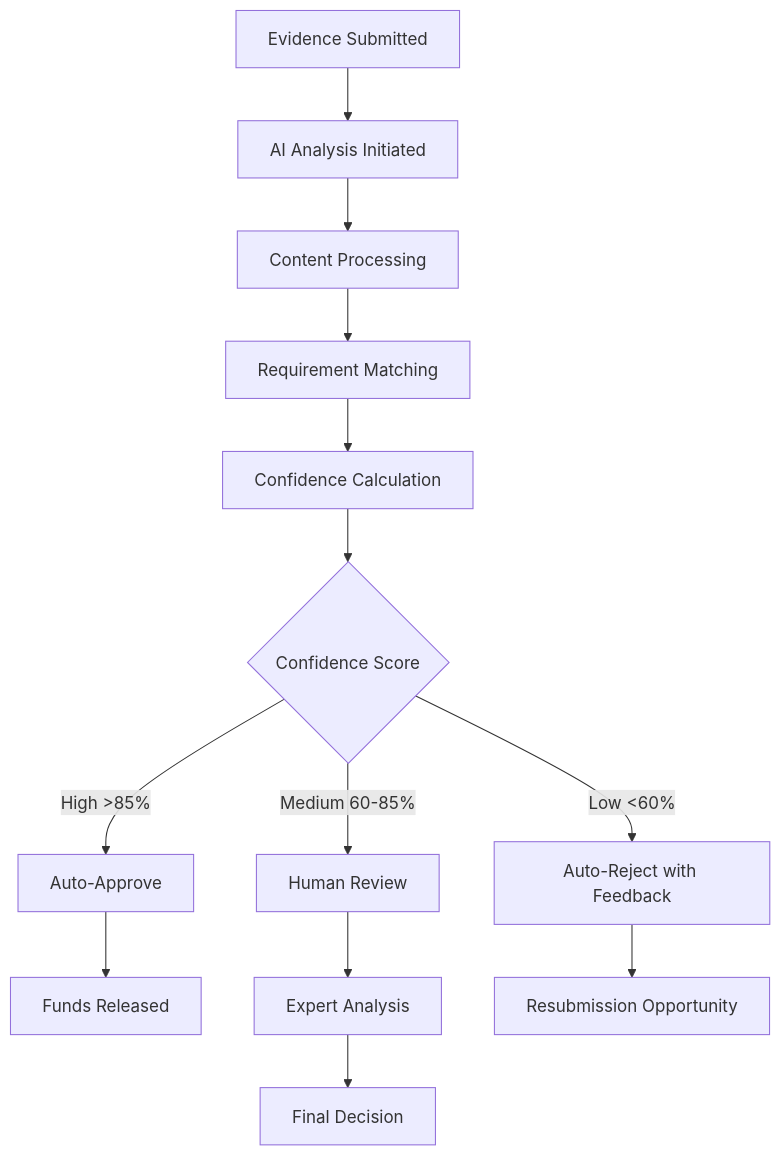
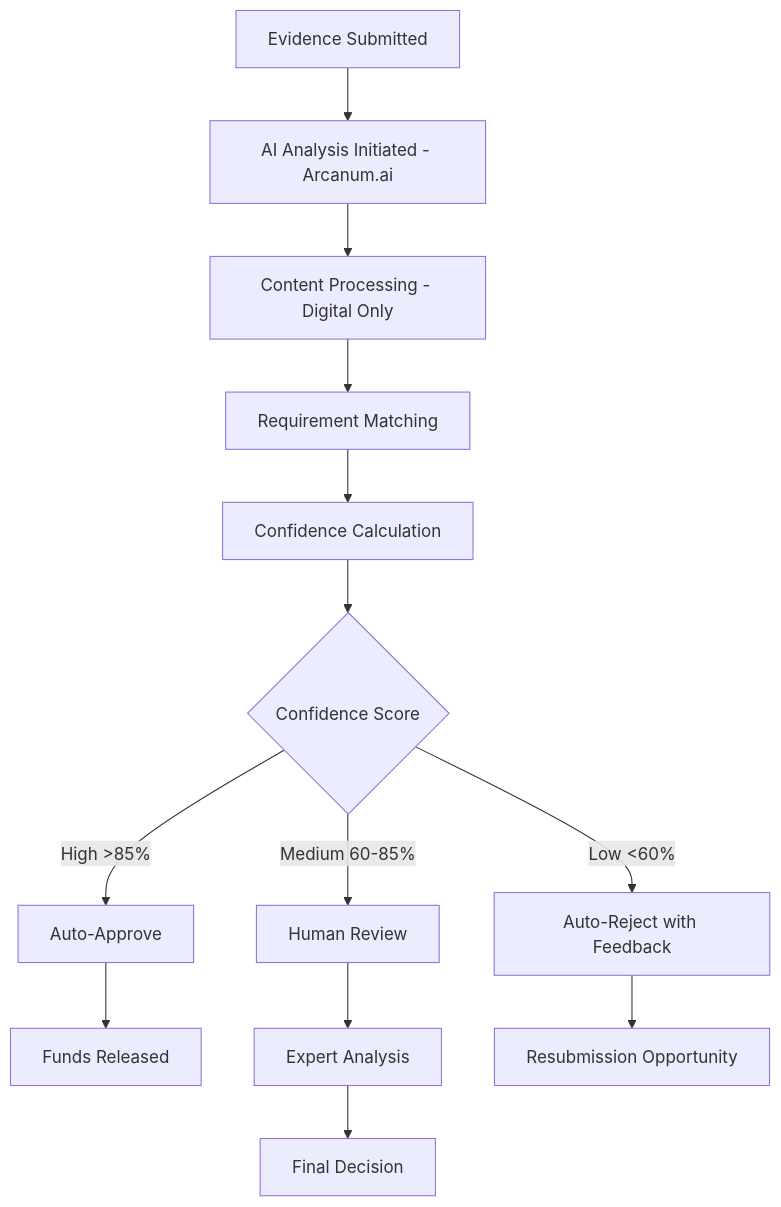
The diagram in guides/understanding-verification.mdx (De-real-iManuel/aetherlock-docs), drawn with Mermaid before and after one commit. The commit also changed other lines of this file and 144 other files, not shown here.

````diff
--- a/guides/understanding-verification.mdx
+++ b/guides/understanding-verification.mdx
@@ -60,15 +64,15 @@
 ```mermaid
 graph TD
-    A[Evidence Submitted] --> B[AI Analysis Initiated]
-    B --> C[Content Processing]
+    A[Evidence Submitted] --> B[AI Analysis Initiated - Arcanum.ai]
+    B --> C[Content Processing - Digital Only]
     C --> D[Requirement Matching]
     D --> E[Confidence Calculation]
     E --> F{Confidence Score}
     F -->|High >85%| G[Auto-Approve]
     F -->|Medium 60-85%| H[Human Review]
     F -->|Low <60%| I[Auto-Reject with Feedback]
     G --> J[Funds Released]
     H --> K[Expert Analysis]
     K --> L[Final Decision]
     I --> M[Resubmission Opportunity]
 ```
````
